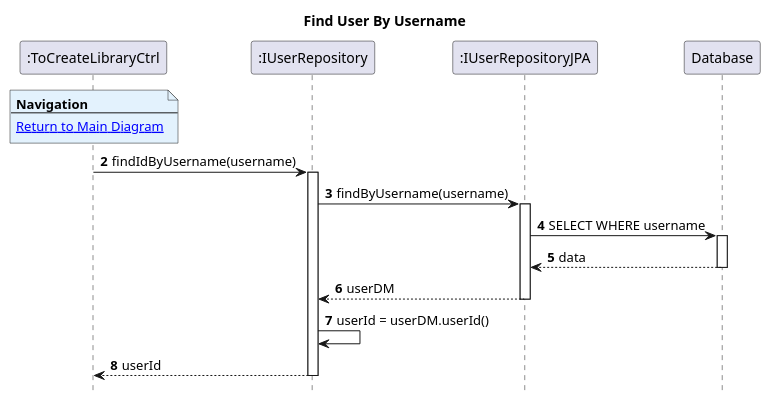
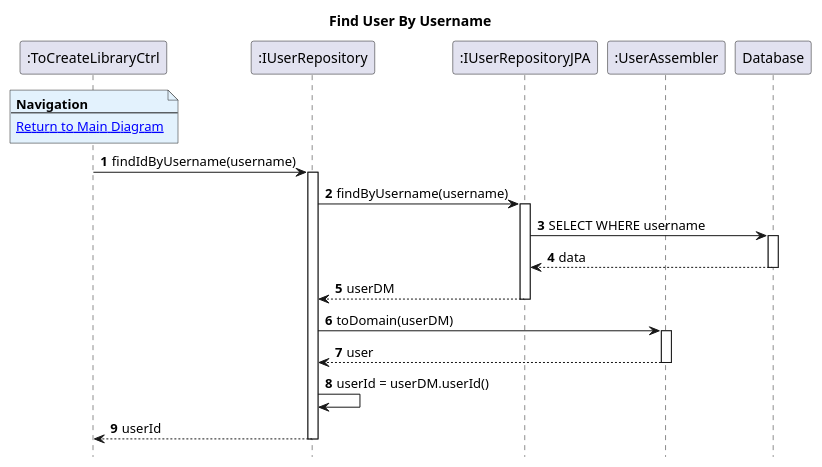
The diagram in Diagrams/SequenceDiagrams/N2/To-Create-Library/2.FindUserByUsername.puml (AndrePereiraGitH/SWitCH-Project-Team_A), drawn with PlantUML before and after one commit. The commit also changed 4 other files, not shown here.

```diff
--- a/Diagrams/SequenceDiagrams/N2/To-Create-Library/2.FindUserByUsername.puml
+++ b/Diagrams/SequenceDiagrams/N2/To-Create-Library/2.FindUserByUsername.puml
@@ -1,37 +1,44 @@
 @startuml
 hide footbox
-autonumber 2
+autonumber
 title Find User By Username
 
 participant ":ToCreateLibraryCtrl" as Ctrl
 participant ":IUserRepository" as userRepo
 participant ":IUserRepositoryJPA" as userJpa
+participant ":UserAssembler" as userAssembler
 participant "Database" as db
 
 
 note over Ctrl #E3F2FD
 <b>Navigation</b>
 ---
 [[1.MainDiagram.puml Return to Main Diagram]]
 end note
 
 Ctrl -> userRepo: findIdByUsername(username)
 activate userRepo
 
 userRepo -> userJpa: findByUsername(username)
 activate userJpa
 
 userJpa -> db: SELECT WHERE username
 activate db
 db --> userJpa: data
 deactivate db
 
 userJpa --> userRepo: userDM
 deactivate userJpa
 
+userRepo -> userAssembler: toDomain(userDM)
+activate userAssembler
+userAssembler --> userRepo: user
+deactivate userAssembler
+
+
 userRepo -> userRepo : userId = userDM.userId()
 
 userRepo --> Ctrl: userId
 deactivate userRepo
 
 @enduml
```
